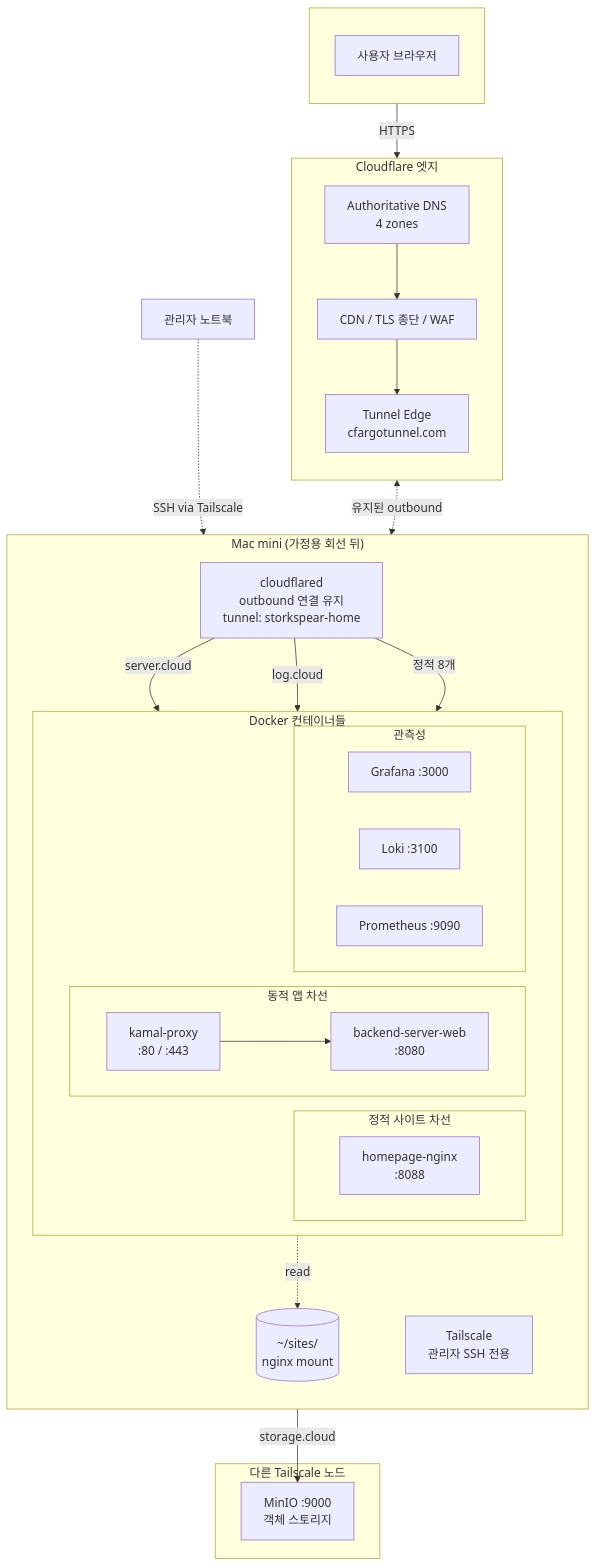
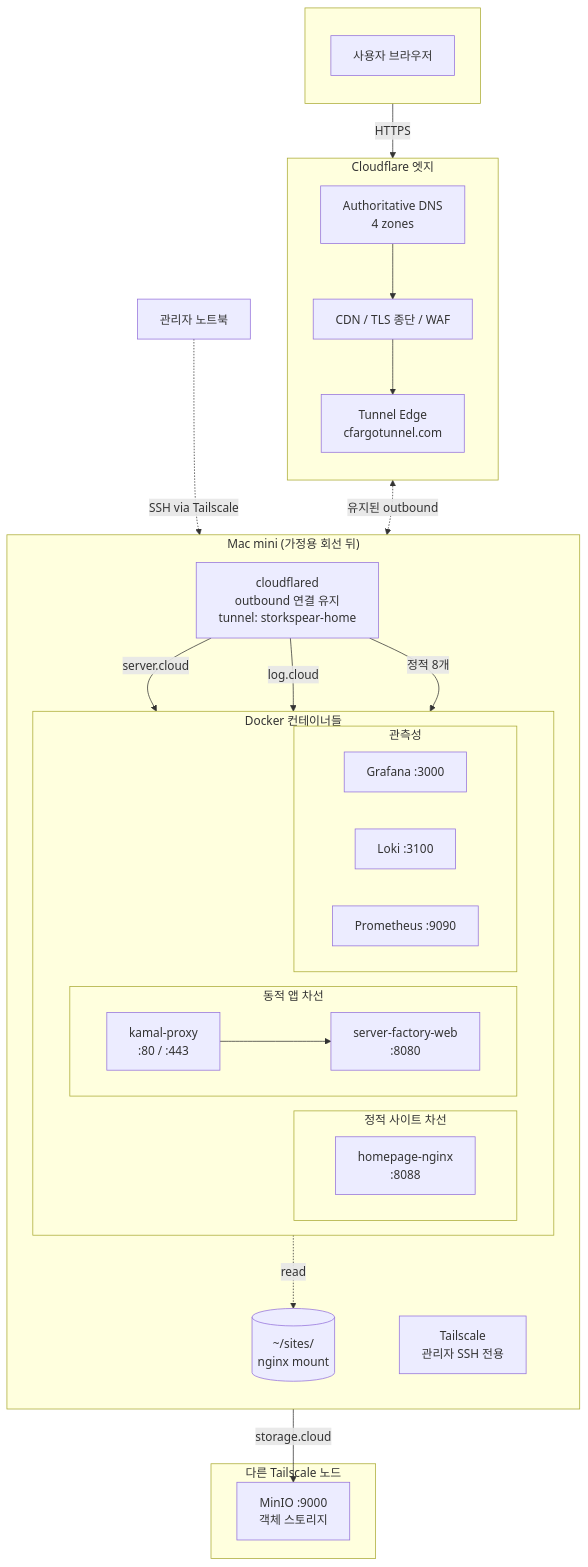
Before and after one commit to storkspear/docs-infra-homeserver: the first of 2 diagrams in docs/architecture.md, drawn with Mermaid. The commit also changed other lines of this file and 6 other files, not shown here.

````diff
--- a/docs/architecture.md
+++ b/docs/architecture.md
@@ -7,63 +7,63 @@
 ```mermaid
 flowchart TB
   subgraph internet[" "]
     direction TB
     USER[사용자 브라우저]
   end
 
   subgraph cloudflare["Cloudflare 엣지"]
     direction TB
     CF_DNS[Authoritative DNS<br/>4 zones]
     CF_PROXY[CDN / TLS 종단 / WAF]
     CF_TUNNEL_EDGE[Tunnel Edge<br/>cfargotunnel.com]
   end
 
   subgraph macmini["Mac mini (가정용 회선 뒤)"]
     direction TB
 
     CLOUDFLARED[cloudflared<br/>outbound 연결 유지<br/>tunnel: storkspear-home]
 
     subgraph docker["Docker 컨테이너들"]
       direction LR
 
       subgraph kamal_lane["동적 앱 차선"]
         KAMAL[kamal-proxy<br/>:80 / :443]
-        BACKEND[backend-server-web<br/>:8080]
+        BACKEND[server-factory-web<br/>:8080]
         KAMAL --> BACKEND
       end
 
       subgraph nginx_lane["정적 사이트 차선"]
         NGINX[homepage-nginx<br/>:8088]
       end
 
       subgraph obs_lane["관측성"]
         GRAFANA[Grafana :3000]
         LOKI[Loki :3100]
         PROM[Prometheus :9090]
       end
     end
 
     SITES[(~/sites/<br/>nginx mount)]
     NGINX -.read.-> SITES
 
     TS[Tailscale<br/>관리자 SSH 전용]
   end
 
   subgraph other["다른 Tailscale 노드"]
     MINIO[MinIO :9000<br/>객체 스토리지]
   end
 
   ADMIN[관리자 노트북]
 
   USER -->|HTTPS| CF_DNS
   CF_DNS --> CF_PROXY
   CF_PROXY --> CF_TUNNEL_EDGE
   CF_TUNNEL_EDGE <-.유지된 outbound.-> CLOUDFLARED
 
   CLOUDFLARED -->|server.cloud| KAMAL
   CLOUDFLARED -->|log.cloud| GRAFANA
   CLOUDFLARED -->|storage.cloud| MINIO
   CLOUDFLARED -->|정적 8개| NGINX
 
   ADMIN -.SSH via Tailscale.-> TS
 ```
````
